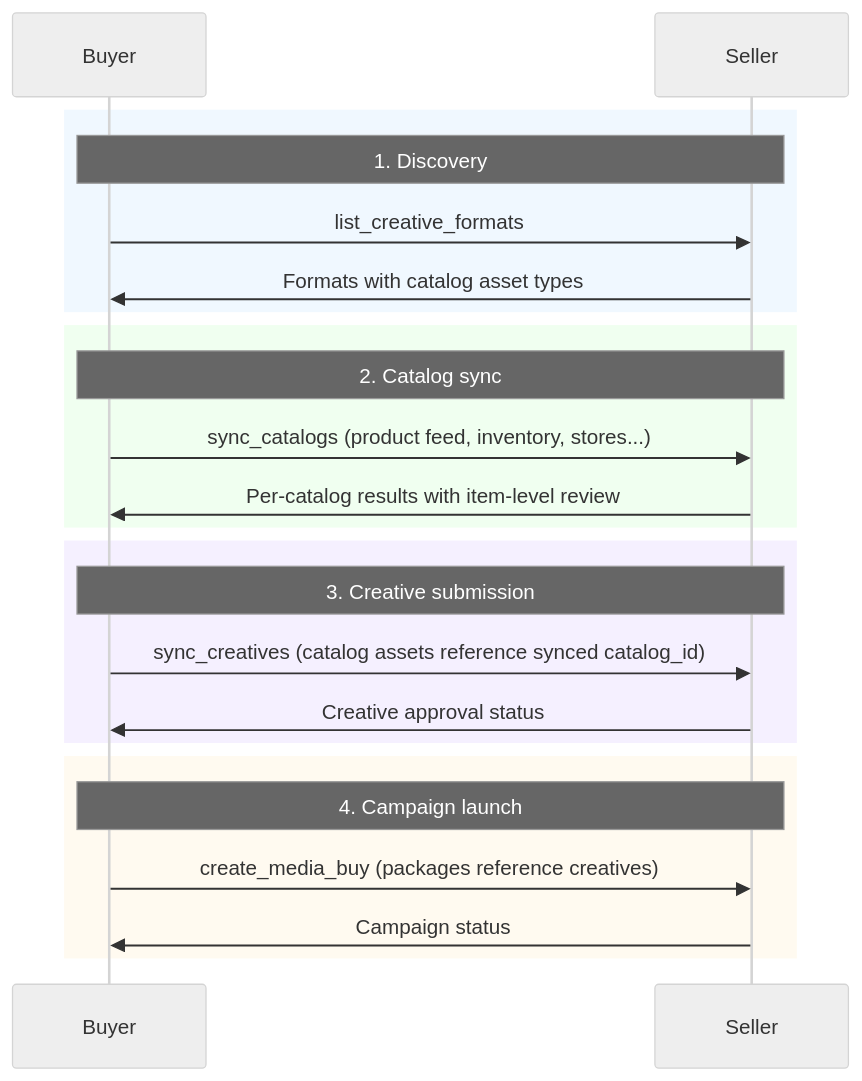
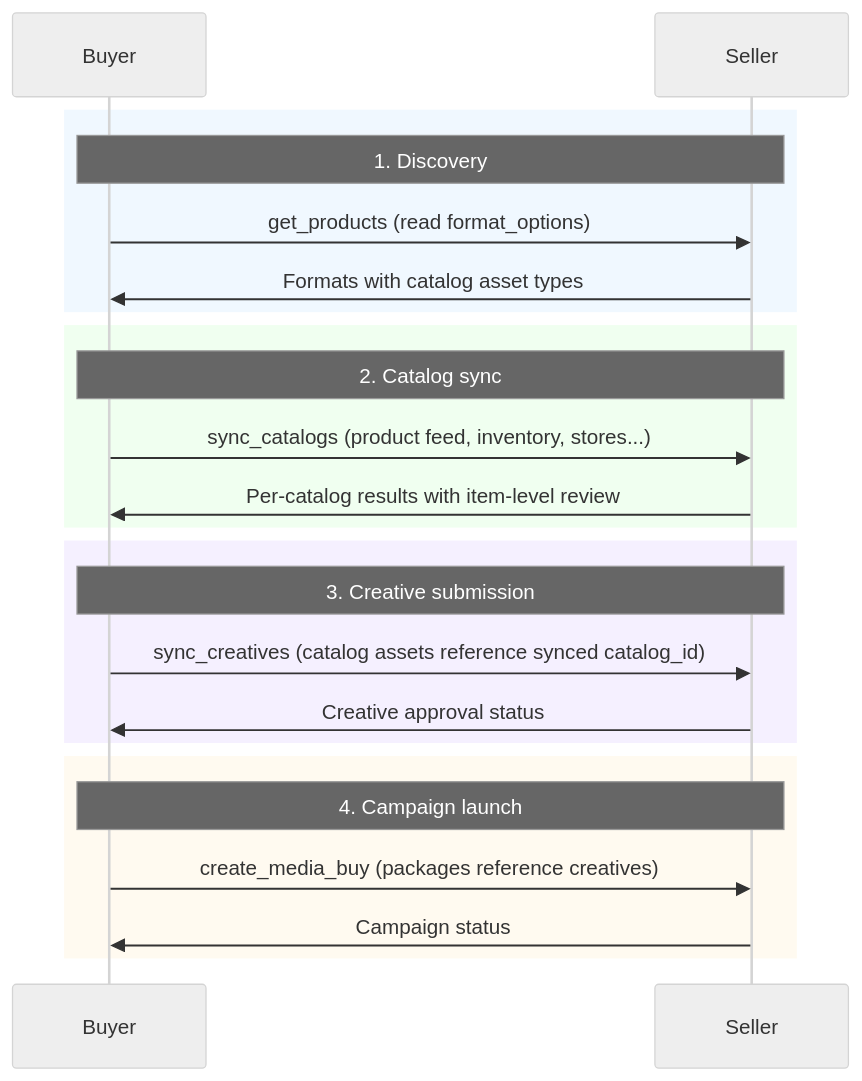
Before and after one commit to adcontextprotocol/adcp: the diagram in docs/creative/catalogs.mdx, drawn with Mermaid (neutral theme). The commit also changed other lines of this file and 255 other files, not shown here.

Commit message:
Make creative formats canonical in AdCP 3.2

````diff
--- a/docs/creative/catalogs.mdx
+++ b/docs/creative/catalogs.mdx
@@ -60,29 +60,29 @@
 ```mermaid
 sequenceDiagram
     participant B as Buyer
     participant S as Seller
 
     rect rgb(240, 248, 255)
         Note over B,S: 1. Discovery
-        B->>S: list_creative_formats
+        B->>S: get_products (read format_options)
         S->>B: Formats with catalog asset types
     end
 
     rect rgb(240, 255, 240)
         Note over B,S: 2. Catalog sync
         B->>S: sync_catalogs (product feed, inventory, stores...)
         S->>B: Per-catalog results with item-level review
     end
 
     rect rgb(245, 240, 255)
         Note over B,S: 3. Creative submission
         B->>S: sync_creatives (catalog assets reference synced catalog_id)
         S->>B: Creative approval status
     end
 
     rect rgb(255, 250, 240)
         Note over B,S: 4. Campaign launch
         B->>S: create_media_buy (packages reference creatives)
         S->>B: Campaign status
     end
 ```
````
